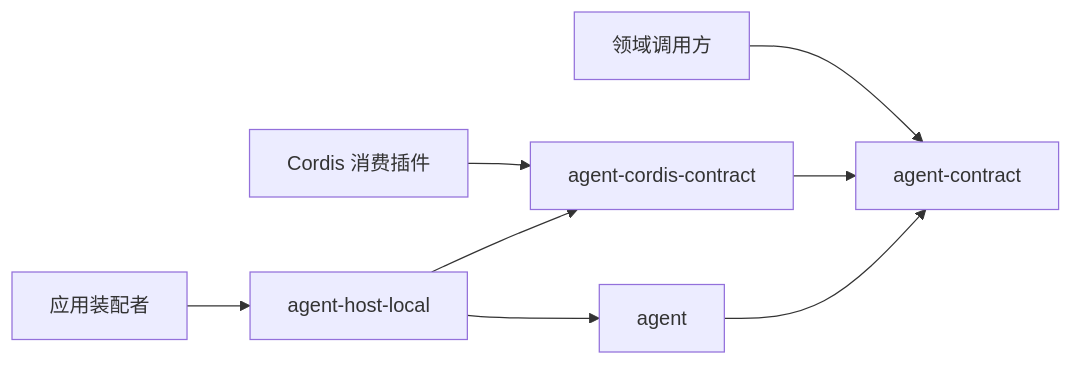
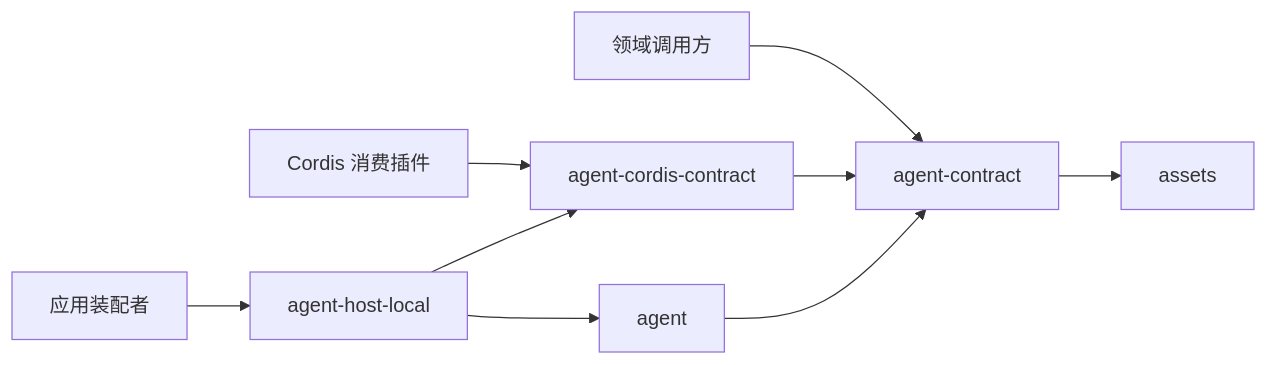
The diagram in packages/agent/docs/architecture.md (nemori-ai/omne-harness-lite), drawn with Mermaid before and after one commit. The commit also changed other lines of this file and 7 other files, not shown here.

````diff
--- a/packages/agent/docs/architecture.md
+++ b/packages/agent/docs/architecture.md
@@ -13,10 +13,11 @@
 ```mermaid
 flowchart LR
   Consumer[领域调用方] --> Contract[agent-contract]
   Plugin[Cordis 消费插件] --> Definitions[agent-cordis-contract]
   Definitions --> Contract
+  Contract --> Assets[assets]
   Implementation[agent] --> Contract
   Provider[agent-host-local] --> Definitions
   Provider --> Implementation
   App[应用装配者] --> Provider
 ```
````
